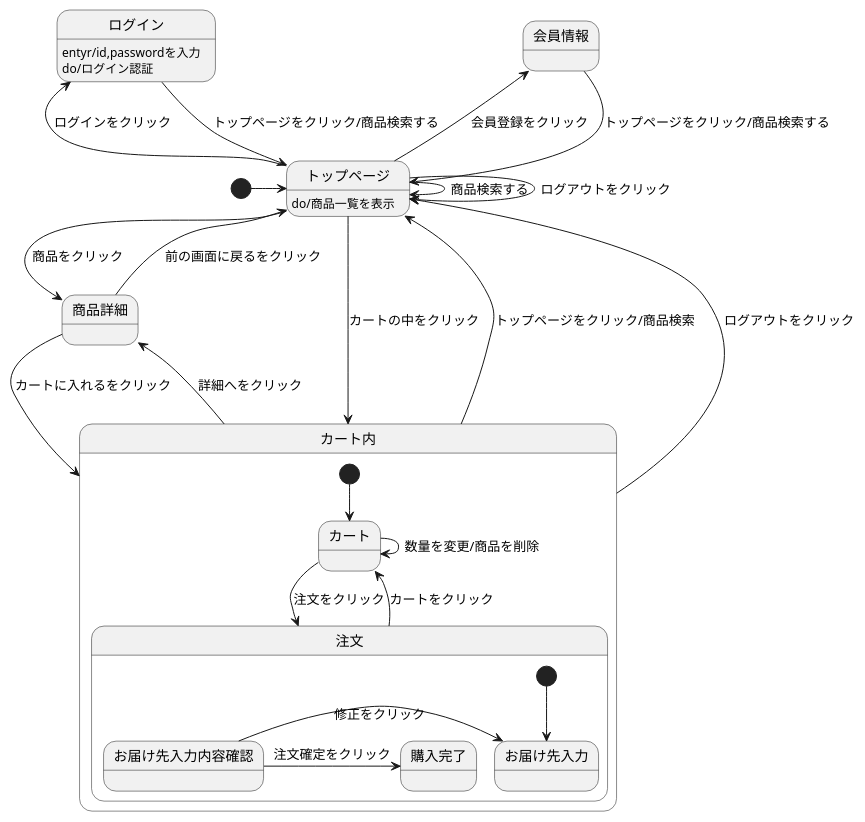
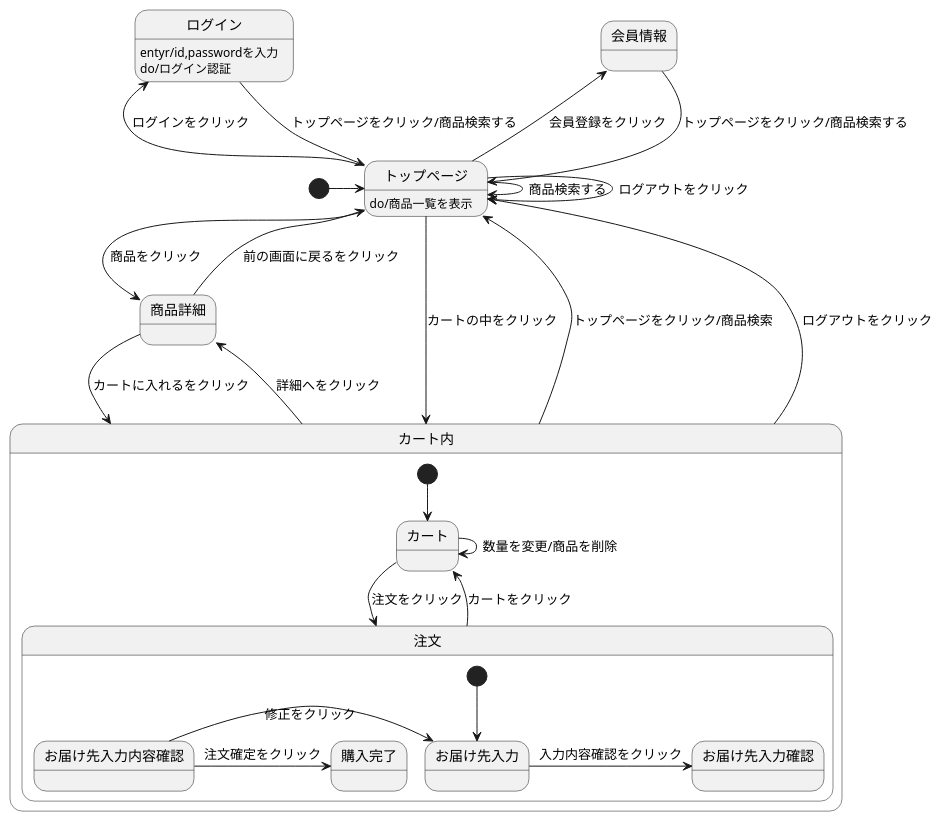
One commit to Aso2001168/Aso2001168 changed the diagram in stm01.md. Above: the diagram before and after it, drawn with PlantUML.

````diff
--- a/stm01.md
+++ b/stm01.md
@@ -1,34 +1,35 @@
 ```uml
 @startuml
 [*] -> トップページ
 会員情報 --> トップページ : トップページをクリック/商品検索する
 ログイン --> トップページ : トップページをクリック/商品検索する
 ログイン : entyr/id,passwordを入力
 ログイン : do/ログイン認証
 トップページ --> トップページ : ログアウトをクリック
 トップページ -> トップページ : 商品検索する
 トップページ -> 商品詳細 : 商品をクリック
 トップページ -left-> 会員情報 : 会員登録をクリック
 トップページ -left-> ログイン : ログインをクリック
 トップページ --> カート内 : カートの中をクリック
 トップページ : do/商品一覧を表示
 商品詳細 --> カート内 : カートに入れるをクリック
 商品詳細 --> トップページ : 前の画面に戻るをクリック
 カート内 -up-> トップページ : トップページをクリック/商品検索
 カート内 -up-> トップページ : ログアウトをクリック
 カート内 -> 商品詳細 : 詳細へをクリック
 
 state カート内{
 [*] --> カート
 カート -> 注文 : 注文をクリック
 カート -> カート : 数量を変更/商品を削除
 注文 --> カート : カートをクリック
 state 注文{
 [*] --> お届け先入力
+お届け先入力 -> お届け先入力確認 : 入力内容確認をクリック
 お届け先入力内容確認 -> お届け先入力 : 修正をクリック
 お届け先入力内容確認 -> 購入完了 : 注文確定をクリック
 }
 }
 
 @enduml
 ```
````
